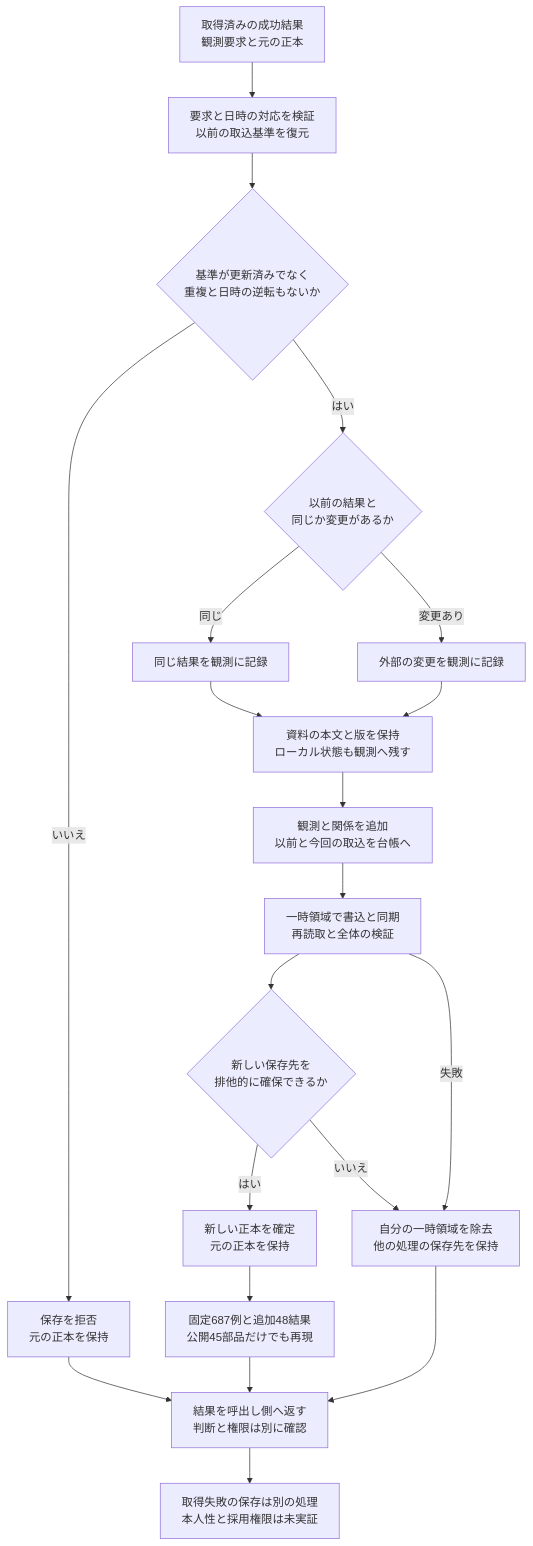
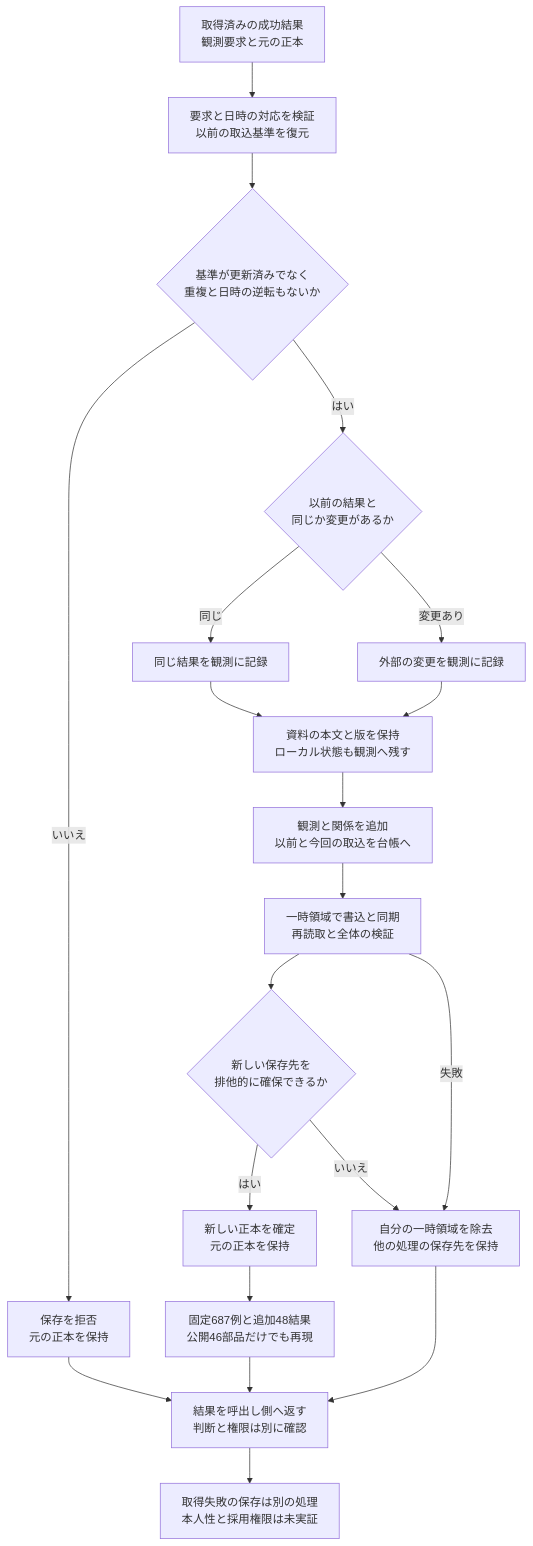
One commit to koukemo/morivyx changed the diagram in docs/diagrams/python-import-presence.mmd. Above: the diagram before and after it, drawn with Mermaid. The commit also changed 44 other files, not shown here.

```diff
--- a/docs/diagrams/python-import-presence.mmd
+++ b/docs/diagrams/python-import-presence.mmd
@@ -1,20 +1,20 @@
 flowchart TD
   A[取得済みの成功結果<br/>観測要求と元の正本] --> B[要求と日時の対応を検証<br/>以前の取込基準を復元]
   B --> C{基準が更新済みでなく<br/>重複と日時の逆転もないか}
   C -->|いいえ| R[保存を拒否<br/>元の正本を保持]
   C -->|はい| D{以前の結果と<br/>同じか変更があるか}
   D -->|同じ| E[同じ結果を観測に記録]
   D -->|変更あり| F[外部の変更を観測に記録]
   E --> G[資料の本文と版を保持<br/>ローカル状態も観測へ残す]
   F --> G
   G --> H[観測と関係を追加<br/>以前と今回の取込を台帳へ]
   H --> I[一時領域で書込と同期<br/>再読取と全体の検証]
   I --> J{新しい保存先を<br/>排他的に確保できるか}
   J -->|はい| K[新しい正本を確定<br/>元の正本を保持]
   J -->|いいえ| L[自分の一時領域を除去<br/>他の処理の保存先を保持]
   I -->|失敗| L
-  K --> M[固定687例と追加48結果<br/>公開45部品だけでも再現]
+  K --> M[固定687例と追加48結果<br/>公開46部品だけでも再現]
   R --> N[結果を呼出し側へ返す<br/>判断と権限は別に確認]
   L --> N
   M --> N
   N --> O[取得失敗の保存は別の処理<br/>本人性と採用権限は未実証]
```
